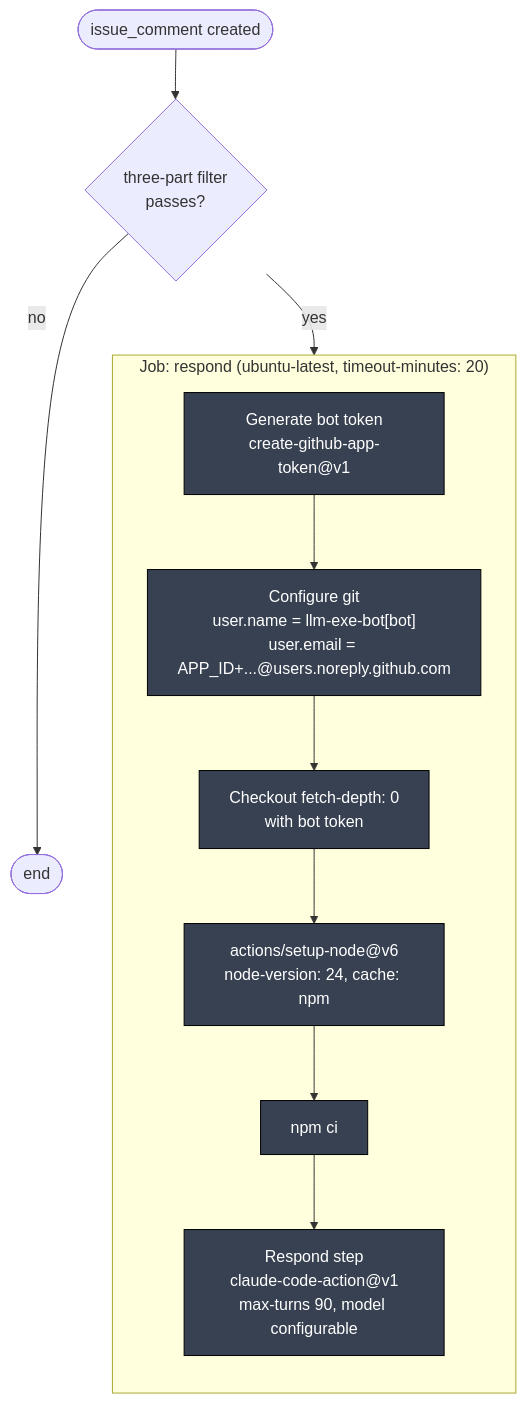
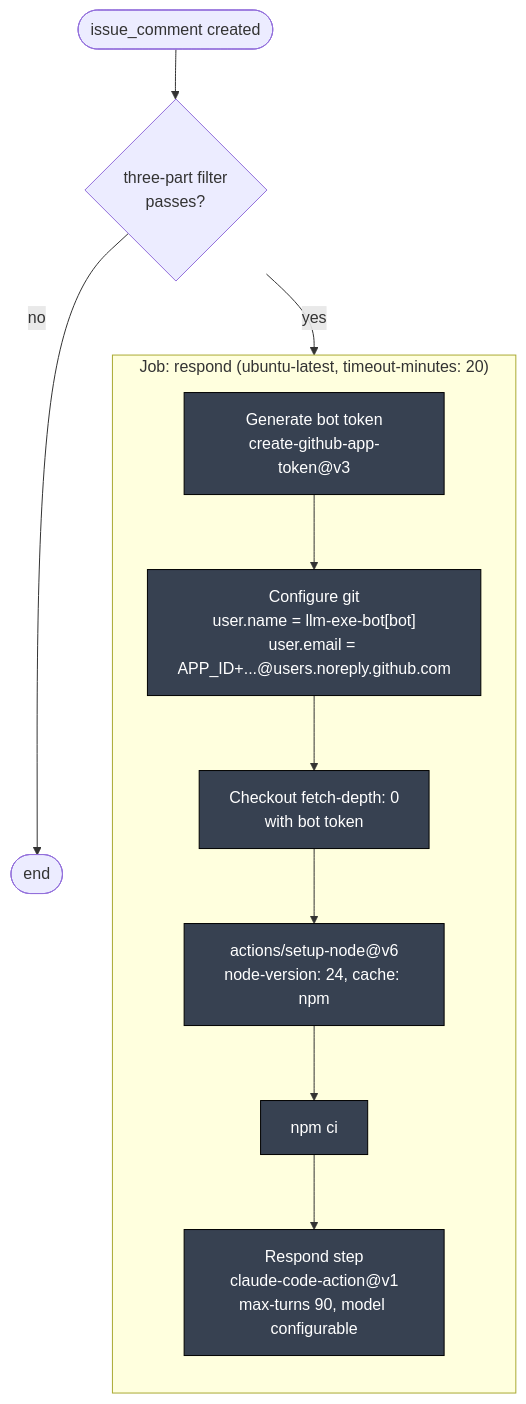
One commit to llm-exe/llm-exe changed the third of 13 diagrams in .github/docs/BOT_RESPOND_DEEP_DIVE.md. Above: the diagram before and after it, drawn with Mermaid. The commit also changed other lines of this file and 19 other files, not shown here.

First line of the commit message:
Update GitHub Actions to use latest versions of create-github-app-token and checkout actions

````diff
--- a/.github/docs/BOT_RESPOND_DEEP_DIVE.md
+++ b/.github/docs/BOT_RESPOND_DEEP_DIVE.md
@@ -142,21 +142,21 @@
 ```mermaid
 flowchart TB
     classDef job fill:#1e3a8a,color:#fff,stroke:#000
     classDef step fill:#374151,color:#fff,stroke:#000
 
     start([issue_comment created])
     start --> filt{three-part filter\npasses?}
     filt -->|no| stop([end])
     filt -->|yes| J
 
     subgraph J["Job: respond (ubuntu-latest, timeout-minutes: 20)"]
         direction TB
-        s1["Generate bot token\ncreate-github-app-token@v1"]:::step
+        s1["Generate bot token\ncreate-github-app-token@v3"]:::step
         s2["Configure git\nuser.name = llm-exe-bot[bot]\nuser.email = APP_ID+...@users.noreply.github.com"]:::step
         s3["Checkout fetch-depth: 0\nwith bot token"]:::step
         s4["actions/setup-node@v6\nnode-version: 24, cache: npm"]:::step
         s5["npm ci"]:::step
         s6["Respond step\nclaude-code-action@v1\nmax-turns 90, model configurable"]:::step
         s1 --> s2 --> s3 --> s4 --> s5 --> s6
     end
 ```
````
